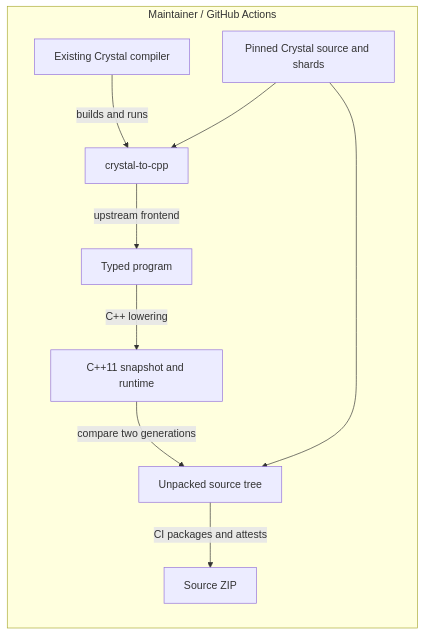
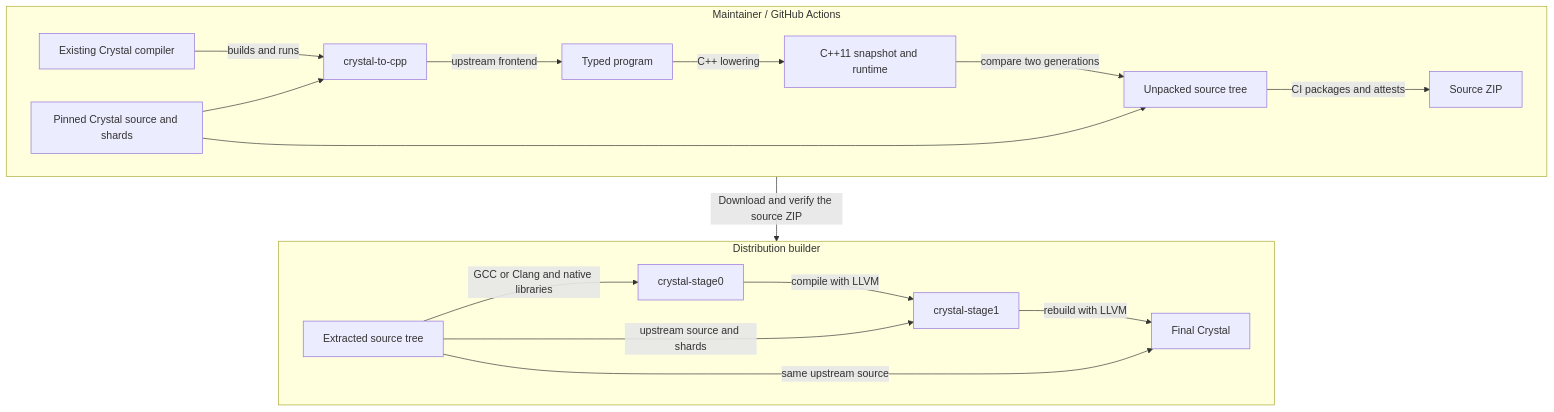
Before and after one commit to soupglasses/crystal-bootstrap: the diagram in README.md, drawn with Mermaid. The commit also changed other lines of this file, not shown here.

Commit message:
docs: combine bootstrap stages in one Mermaid diagram

````diff
--- a/README.md
+++ b/README.md
@@ -12,12 +12,24 @@
 ```mermaid
-flowchart LR
+flowchart TB
     subgraph maintainer["Maintainer / GitHub Actions"]
+        direction LR
         host["Existing Crystal compiler"] -->|builds and runs| generator["crystal-to-cpp"]
         upstream["Pinned Crystal source and shards"] --> generator
         generator -->|upstream frontend| typed["Typed program"]
         typed -->|C++ lowering| cpp["C++11 snapshot and runtime"]
-        cpp -->|compare two generations| tree["Unpacked source tree"]
-        upstream --> tree
-        tree -->|CI packages and attests| archive["Source ZIP"]
+        cpp -->|compare two generations| generated["Unpacked source tree"]
+        upstream --> generated
+        generated -->|CI packages and attests| archive["Source ZIP"]
+    end
+
+    maintainer -->|Download and verify the source ZIP| builder
+
+    subgraph builder["Distribution builder"]
+        direction LR
+        extracted["Extracted source tree"] -->|GCC or Clang and native libraries| stage0["crystal-stage0"]
+        stage0 -->|compile with LLVM| stage1["crystal-stage1"]
+        stage1 -->|rebuild with LLVM| final["Final Crystal"]
+        extracted -->|upstream source and shards| stage1
+        extracted -->|same upstream source| final
     end
 ```
````
